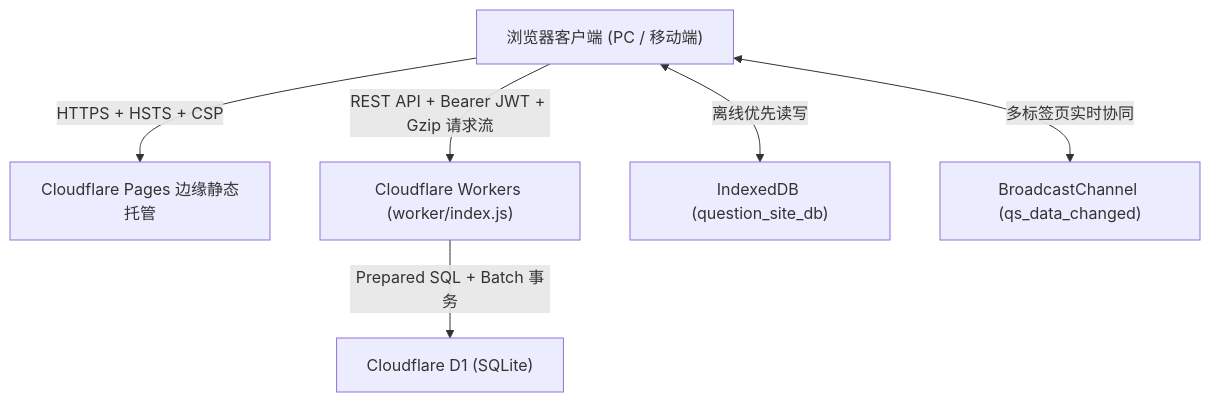
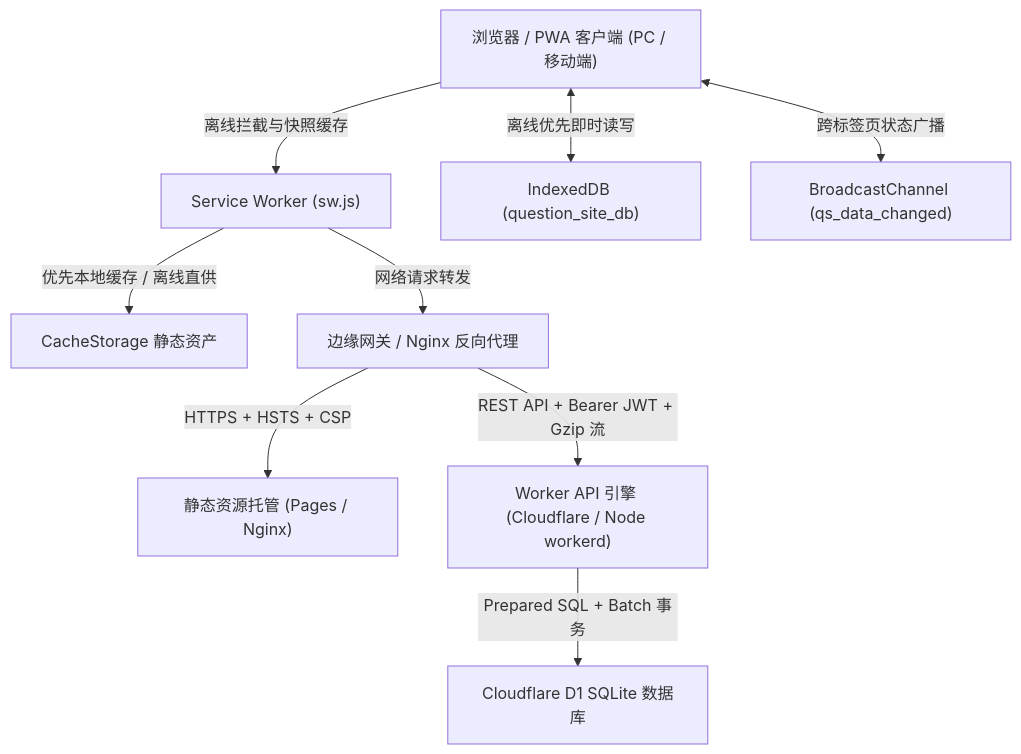
The diagram in README.md (combodevy/question-site), drawn with Mermaid before and after one commit. The commit also changed other lines of this file and 2 other files, not shown here.

Commit message:
docs: comprehensive review and overhaul of README.md and GEMINI.md to reflect PWA, conflict resolution, modern admin, and production deployment

````diff
--- a/README.md
+++ b/README.md
@@ -41,8 +51,11 @@
 ```mermaid
 graph TD
-    Client["浏览器客户端 (PC / 移动端)"] -->|HTTPS + HSTS + CSP| Pages["Cloudflare Pages 边缘静态托管"]
-    Client -->|"REST API + Bearer JWT + Gzip 请求流"| Worker["Cloudflare Workers (worker/index.js)"]
-    Worker -->|"Prepared SQL + Batch 事务"| D1["Cloudflare D1 (SQLite)"]
-    Client <-->|"离线优先读写"| IDB["IndexedDB (question_site_db)"]
-    Client <-->|"多标签页实时协同"| BC["BroadcastChannel (qs_data_changed)"]
+    Client["浏览器 / PWA 客户端 (PC / 移动端)"] -->|离线拦截与快照缓存| SW["Service Worker (sw.js)"]
+    SW -->|"优先本地缓存 / 离线直供"| Cache["CacheStorage 静态资产"]
+    SW -->|"网络请求转发"| Gateway["边缘网关 / Nginx 反向代理"]
+    Gateway -->|HTTPS + HSTS + CSP| Static["静态资源托管 (Pages / Nginx)"]
+    Gateway -->|"REST API + Bearer JWT + Gzip 流"| Worker["Worker API 引擎 (Cloudflare / Node workerd)"]
+    Worker -->|"Prepared SQL + Batch 事务"| D1["Cloudflare D1 SQLite 数据库"]
+    Client <-->|"离线优先即时读写"| IDB["IndexedDB (question_site_db)"]
+    Client <-->|"跨标签页状态广播"| BC["BroadcastChannel (qs_data_changed)"]
 ```
````
